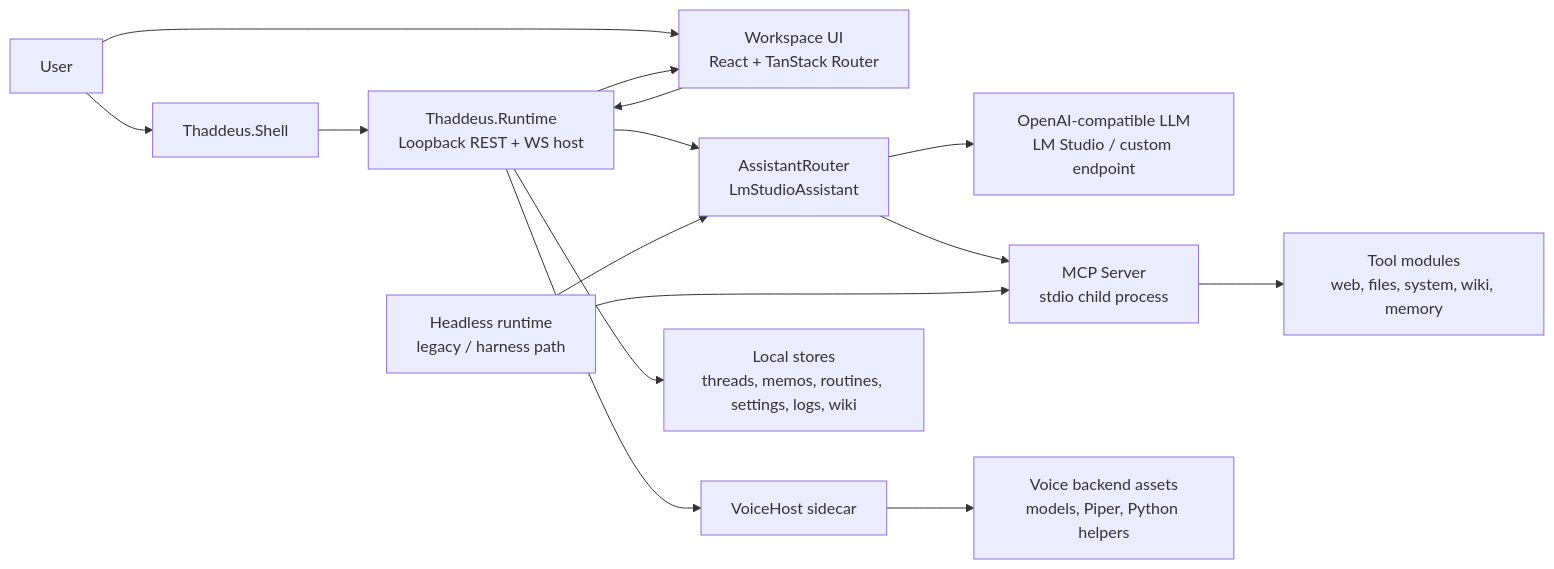
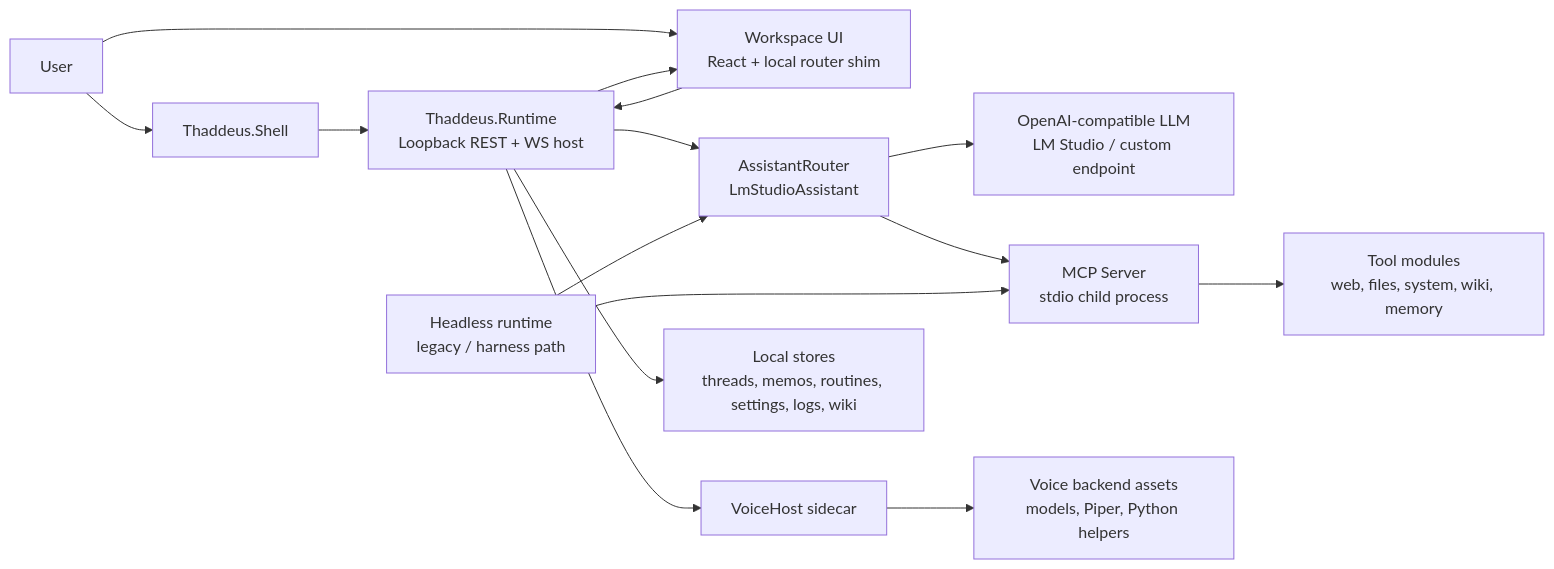
Before and after one commit to raydeStar/sir-thaddeus: the diagram in docs/ARCHITECTURE.md, drawn with Mermaid. The commit also changed 10 other files, not shown here.

````diff
--- a/docs/ARCHITECTURE.md
+++ b/docs/ARCHITECTURE.md
@@ -18,30 +18,30 @@
 ```mermaid
 flowchart LR
   User[User]
   Shell[Thaddeus.Shell]
-  Browser[Workspace UI<br/>React + TanStack Router]
+  Browser[Workspace UI<br/>React + local router shim]
   Runtime[Thaddeus.Runtime<br/>Loopback REST + WS host]
   Assistant[AssistantRouter<br/>LmStudioAssistant]
   Llm[OpenAI-compatible LLM<br/>LM Studio / custom endpoint]
   Mcp[MCP Server<br/>stdio child process]
   Tools[Tool modules<br/>web, files, system, wiki, memory]
   VoiceHost[VoiceHost sidecar]
   VoiceAssets[Voice backend assets<br/>models, Piper, Python helpers]
   Stores[Local stores<br/>threads, memos, routines, settings, logs, wiki]
   Legacy[Headless runtime<br/>legacy / harness path]
 
   User --> Shell
   User --> Browser
   Shell --> Runtime
   Runtime --> Browser
   Browser --> Runtime
   Runtime --> Assistant
   Assistant --> Llm
   Assistant --> Mcp
   Mcp --> Tools
   Runtime --> VoiceHost
   VoiceHost --> VoiceAssets
   Runtime --> Stores
   Legacy --> Mcp
   Legacy --> Assistant
 ```
````
